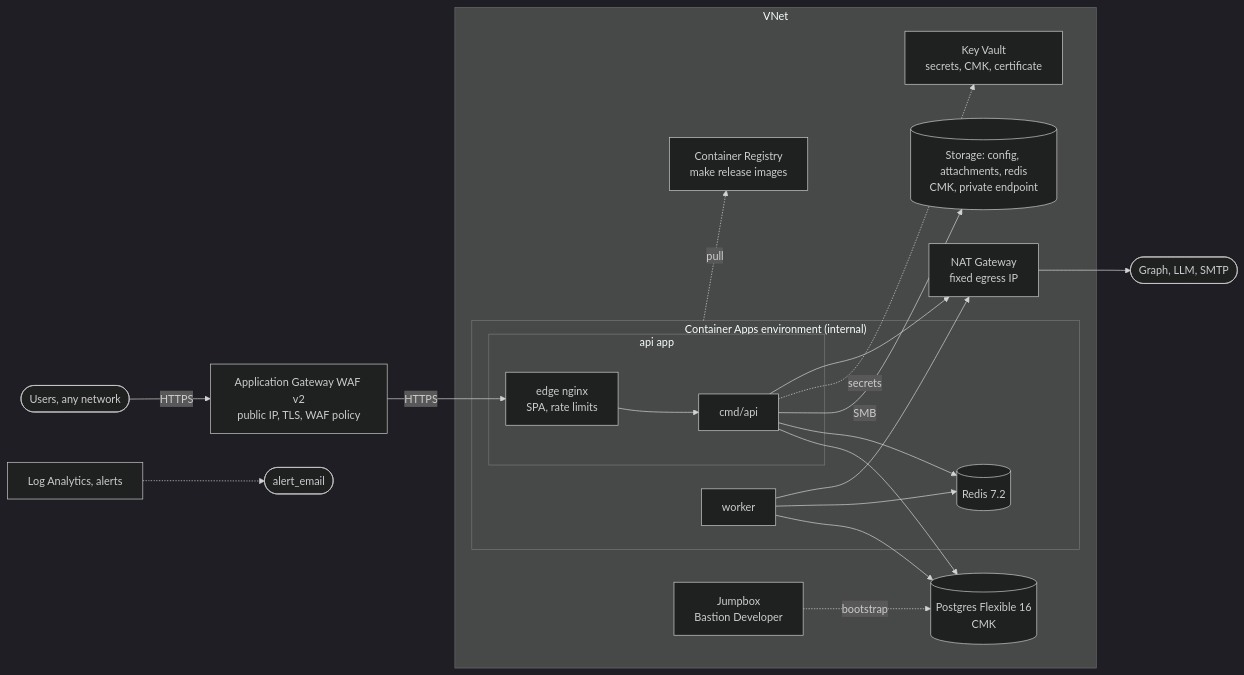
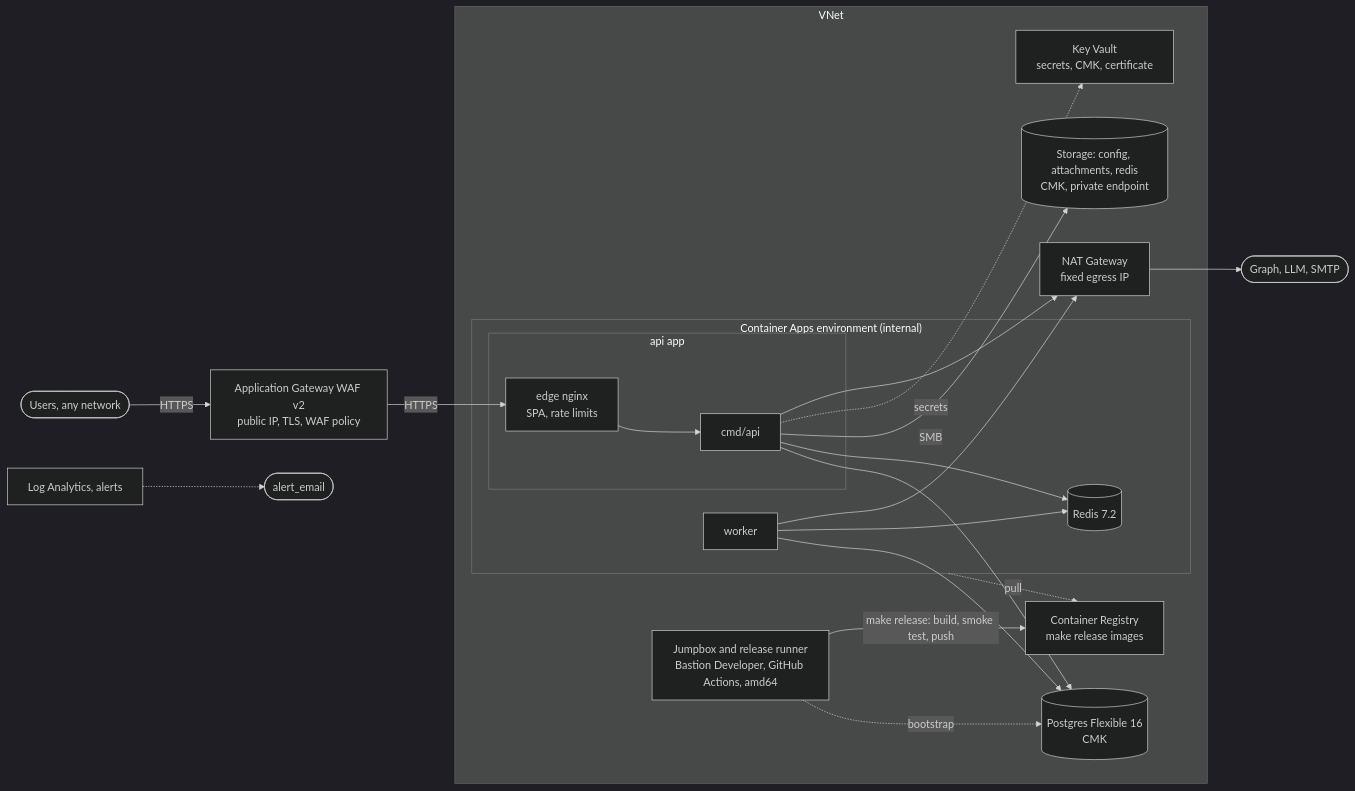
Before and after one commit to nabilaws/template: the diagram in deploy/production/azure/standard/README.md, drawn with Mermaid (dark theme). The commit also changed other lines of this file and 29 other files, not shown here.

````diff
--- a/deploy/production/azure/standard/README.md
+++ b/deploy/production/azure/standard/README.md
@@ -20,32 +20,33 @@
 ```mermaid
 flowchart LR
   users(["Users, any network"]) -->|"HTTPS"| agw["Application Gateway WAF v2<br/>public IP, TLS, WAF policy"]
   subgraph vnet["VNet"]
     subgraph env["Container Apps environment (internal)"]
       subgraph apiapp["api app"]
         edge["edge nginx<br/>SPA, rate limits"] --> api["cmd/api"]
       end
       worker["worker"]
       redis[("Redis 7.2")]
     end
     pg[("Postgres Flexible 16<br/>CMK")]
     files[("Storage: config, attachments, redis<br/>CMK, private endpoint")]
     kv["Key Vault<br/>secrets, CMK, certificate"]
     acr["Container Registry<br/>make release images"]
-    jump["Jumpbox<br/>Bastion Developer"]
+    jump["Jumpbox and release runner<br/>Bastion Developer, GitHub Actions, amd64"]
     nat["NAT Gateway<br/>fixed egress IP"]
   end
   agw -->|"HTTPS"| edge
   api --> pg
   api --> redis
   worker --> pg
   worker --> redis
   api -->|"SMB"| files
   api -.->|"secrets"| kv
   worker --> nat
   api --> nat
   nat --> ext(["Graph, LLM, SMTP"])
   env -.->|"pull"| acr
   jump -.->|"bootstrap"| pg
+  jump -->|"make release: build, smoke test, push"| acr
   logs["Log Analytics, alerts"] -.-> mail(["alert_email"])
 ```
````
